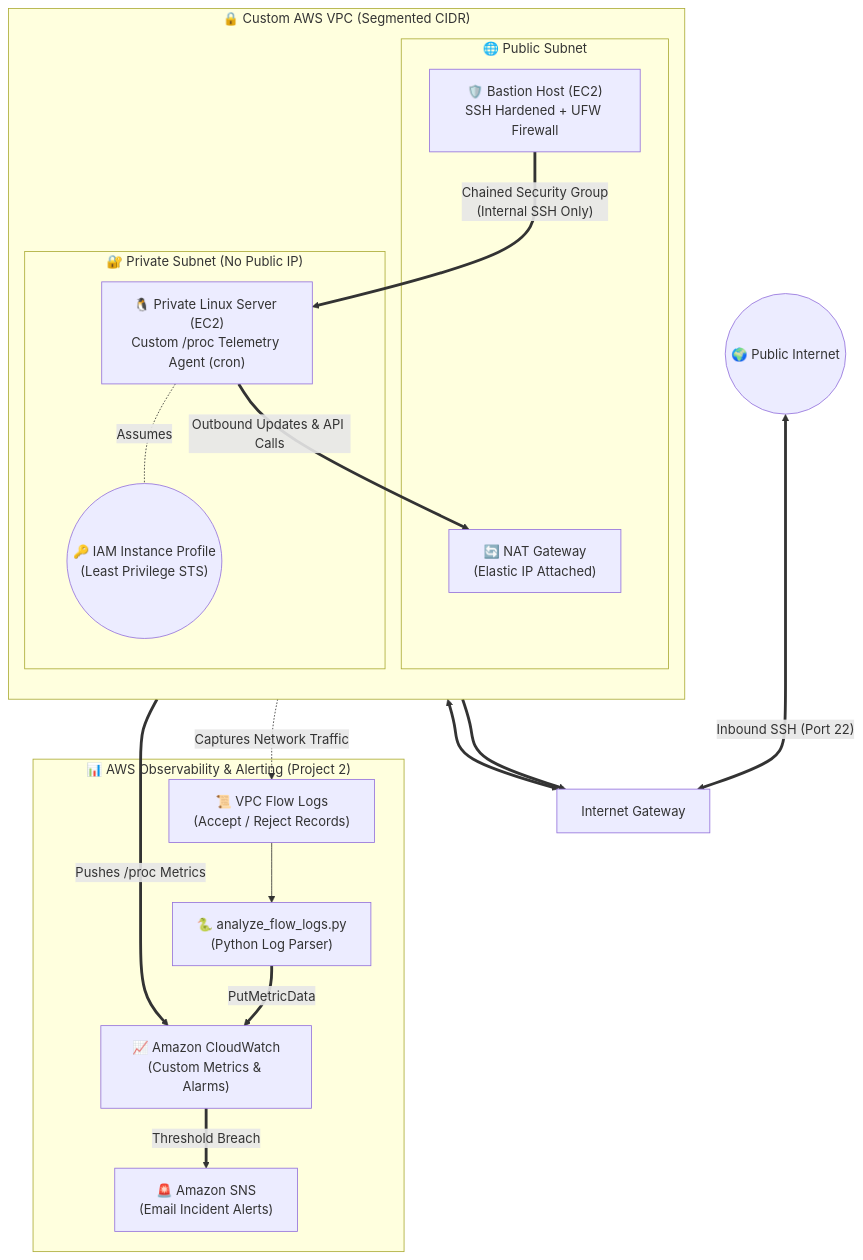
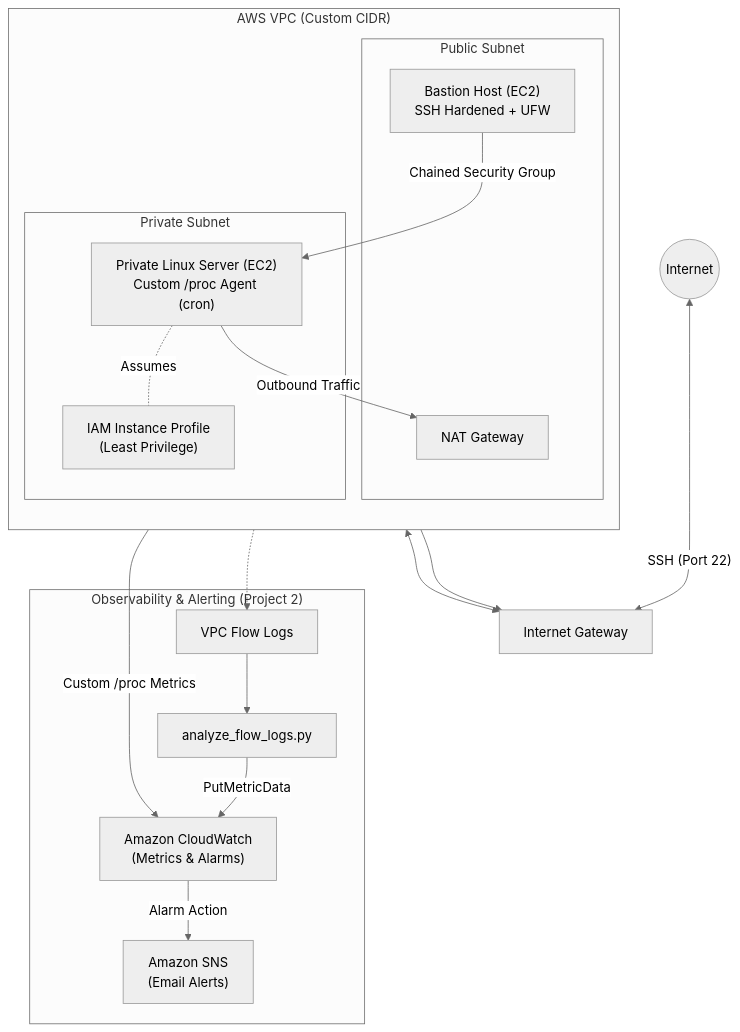
One commit to Nyoike-yu/aws-network-lab changed the diagram in README.md. Above: the diagram before and after it, drawn with Mermaid. The commit also changed other lines of this file, not shown here.

````diff
--- a/README.md
+++ b/README.md
@@ -40,39 +20,40 @@
 ```mermaid
+%%{init: {'theme': 'neutral'}}%%
 flowchart TB
-    Internet((🌍 Public Internet))
+    Internet((Internet))
     IGW[Internet Gateway]
 
-    subgraph VPC ["🔒 Custom AWS VPC (Segmented CIDR)"]
+    subgraph VPC ["AWS VPC (Custom CIDR)"]
         direction TB
         
-        subgraph PubSub ["🌐 Public Subnet"]
-            Bastion["🛡️ Bastion Host (EC2)<br/>SSH Hardened + UFW Firewall"]
-            NAT["🔄 NAT Gateway<br/>(Elastic IP Attached)"]
+        subgraph PubSub ["Public Subnet"]
+            Bastion["Bastion Host (EC2)<br/>SSH Hardened + UFW"]
+            NAT["NAT Gateway"]
         end
 
-        subgraph PrivSub ["🔐 Private Subnet (No Public IP)"]
-            PrivEC2["🐧 Private Linux Server (EC2)<br/>Custom /proc Telemetry Agent (cron)"]
-            IAMRole(("🔑 IAM Instance Profile<br/>(Least Privilege STS)"))
+        subgraph PrivSub ["Private Subnet"]
+            PrivEC2["Private Linux Server (EC2)<br/>Custom /proc Agent (cron)"]
+            IAMRole["IAM Instance Profile<br/>(Least Privilege)"]
             PrivEC2 -. Assumes .- IAMRole
         end
     end
 
-    subgraph Observability ["📊 AWS Observability & Alerting (Project 2)"]
-        FlowLogs["📜 VPC Flow Logs<br/>(Accept / Reject Records)"]
-        Parser["🐍 analyze_flow_logs.py<br/>(Python Log Parser)"]
-        CW["📈 Amazon CloudWatch<br/>(Custom Metrics & Alarms)"]
-        SNS["🚨 Amazon SNS<br/>(Email Incident Alerts)"]
+    subgraph Observability ["Observability & Alerting (Project 2)"]
+        FlowLogs["VPC Flow Logs"]
+        Parser["analyze_flow_logs.py"]
+        CW["Amazon CloudWatch<br/>(Metrics & Alarms)"]
+        SNS["Amazon SNS<br/>(Email Alerts)"]
     end
 
-    Internet <==>|"Inbound SSH (Port 22)"| IGW
-    IGW <==> Bastion
-    Bastion ==>|"Chained Security Group<br/>(Internal SSH Only)"| PrivEC2
-    PrivEC2 ==>|"Outbound Updates & API Calls"| NAT
-    NAT ==> IGW
+    Internet <-->|"SSH (Port 22)"| IGW
+    IGW <--> Bastion
+    Bastion -->|"Chained Security Group"| PrivEC2
+    PrivEC2 -->|"Outbound Traffic"| NAT
+    NAT --> IGW
 
-    VPC -.->|"Captures Network Traffic"| FlowLogs
+    VPC -.-> FlowLogs
     FlowLogs --> Parser
-    Parser ==>|"PutMetricData"| CW
-    PrivEC2 ==>|"Pushes /proc Metrics"| CW
-    CW ==>|"Threshold Breach"| SNS
+    Parser -->|"PutMetricData"| CW
+    PrivEC2 -->|"Custom /proc Metrics"| CW
+    CW -->|"Alarm Action"| SNS
 ```
````
